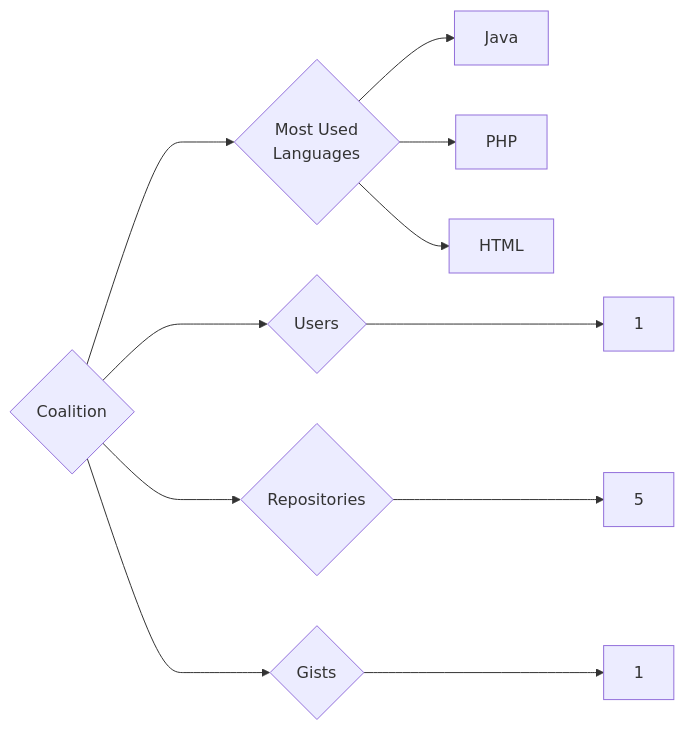
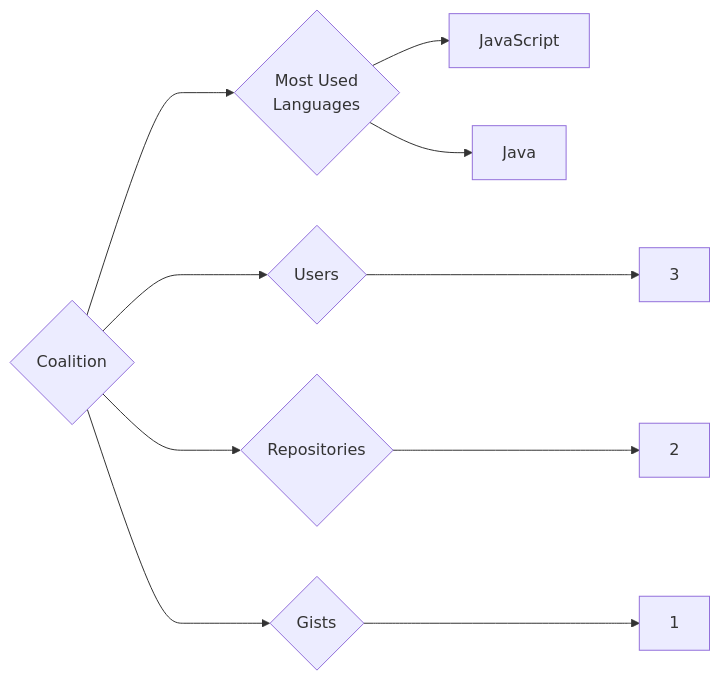
Before and after one commit to trickest/insiders: the diagram in targets/Coalition/README.md, drawn with Mermaid. The commit also changed 838 other files, not shown here.

````diff
--- a/targets/Coalition/README.md
+++ b/targets/Coalition/README.md
@@ -3,11 +3,10 @@
 ```mermaid
 graph LR
 COMPANY_NAME{Coalition}
-COMPANY_NAME ---> U{Users} ---> UN[1]
-COMPANY_NAME ---> R{Repositories} ---> RN[5]
+COMPANY_NAME ---> U{Users} ---> UN[3]
+COMPANY_NAME ---> R{Repositories} ---> RN[2]
 COMPANY_NAME ---> G{Gists} ---> GN[1]
 COMPANY_NAME ---> ML{Most Used<br>Languages}
+ML --> JavaScript[JavaScript]
 ML --> Java[Java]
-ML --> PHP[PHP]
-ML --> HTML[HTML]
 ```
````
